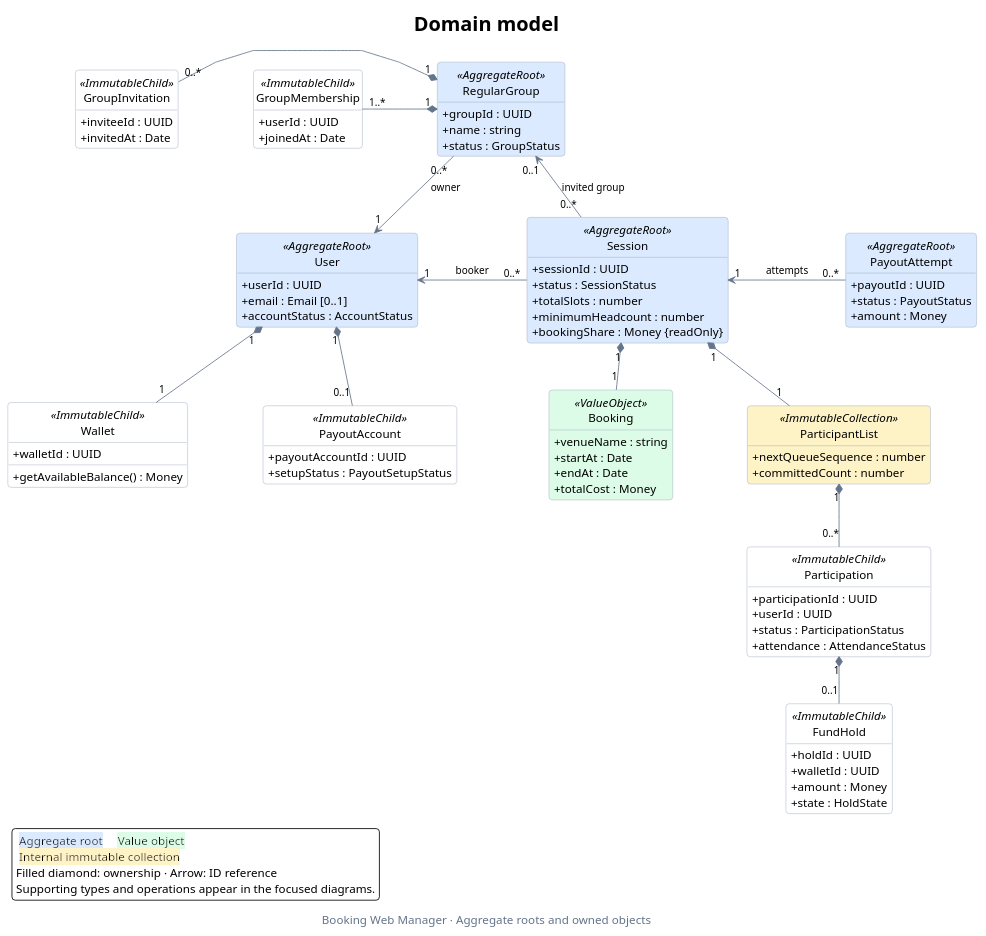
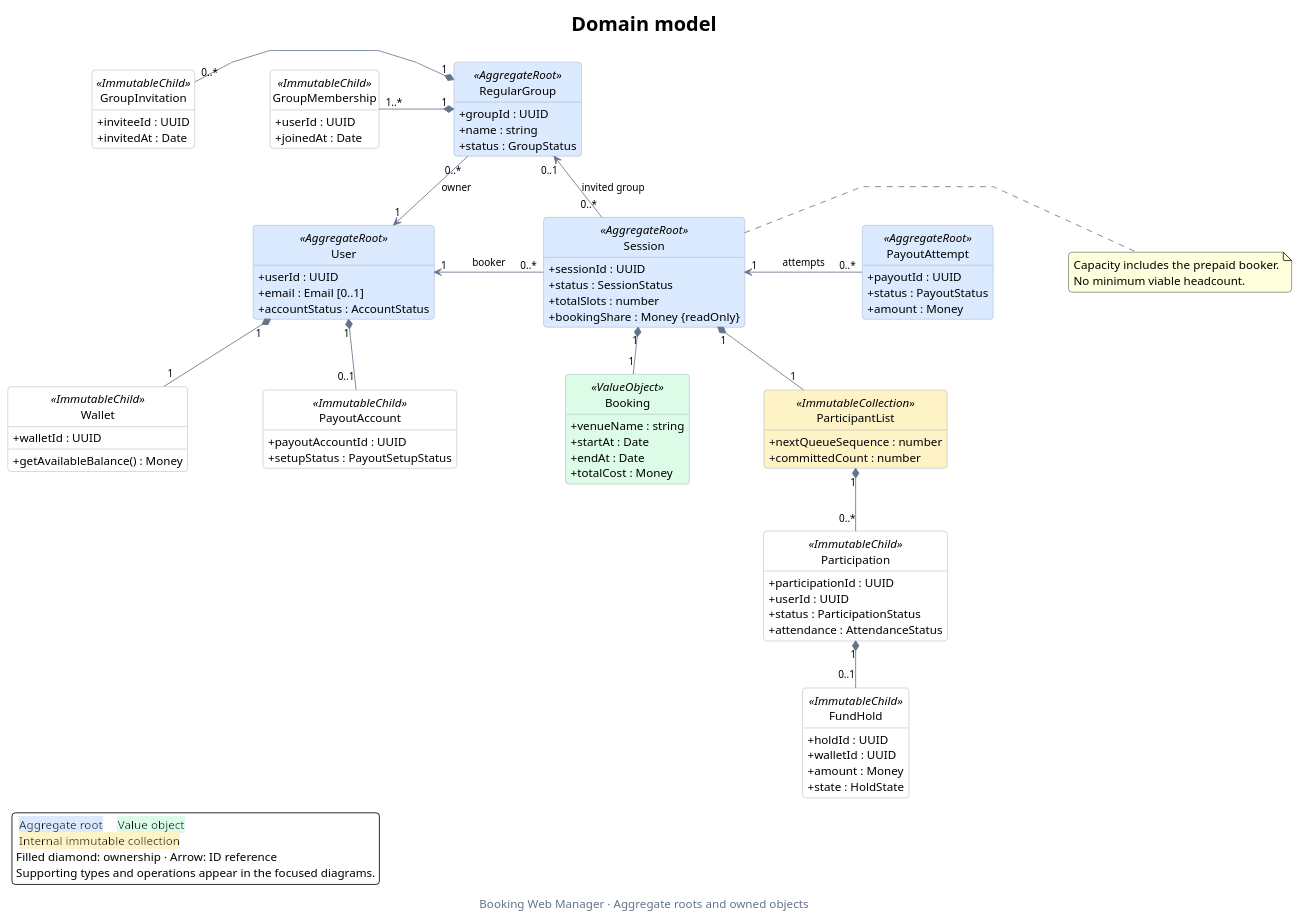
Before and after one commit to liang799/booking-web-manager: the diagram in docs/domain-class-diagram.puml, drawn with PlantUML. The commit also changed 101 other files, not shown here.

First line of the commit message:
feat(sessions)!: remove minimum headcount and count the booker (UC2-02)

```diff
--- a/docs/domain-class-diagram.puml
+++ b/docs/domain-class-diagram.puml
@@ -1,111 +1,115 @@
 @startuml domain-class-diagram
 ' Main view: aggregate ownership and the main cross-aggregate references.
 ' Supporting values, role views, ledger queries and operations are in diagrams/.
 title Domain model
 caption Booking Web Manager · Aggregate roots and owned objects
 
 top to bottom direction
 hide circle
 hide empty members
 skinparam backgroundColor #FFFFFF
 skinparam shadowing false
 skinparam roundcorner 8
 skinparam defaultFontName SansSerif
 skinparam defaultFontSize 14
 skinparam titleFontSize 24
 skinparam captionFontColor #64748B
 skinparam ArrowColor #64748B
 skinparam ArrowFontSize 12
 skinparam classBorderColor #94A3B8
 skinparam classBackgroundColor #FFFFFF
 skinparam classBackgroundColor<<AggregateRoot>> #DBEAFE
 skinparam classBackgroundColor<<ValueObject>> #DCFCE7
 skinparam classBackgroundColor<<ImmutableCollection>> #FEF3C7
 skinparam classAttributeIconSize 0
 skinparam linetype polyline
 skinparam nodesep 90
 skinparam ranksep 55
 
 class User <<AggregateRoot>> {
   +userId : UUID
   +email : Email [0..1]
   +accountStatus : AccountStatus
 }
 class RegularGroup <<AggregateRoot>> {
   +groupId : UUID
   +name : string
   +status : GroupStatus
 }
 class Session <<AggregateRoot>> {
   +sessionId : UUID
   +status : SessionStatus
   +totalSlots : number
-  +minimumHeadcount : number
   +bookingShare : Money {readOnly}
 }
+note right of Session
+  Capacity includes the prepaid booker.
+  No minimum viable headcount.
+end note
+
 class PayoutAttempt <<AggregateRoot>> {
   +payoutId : UUID
   +status : PayoutStatus
   +amount : Money
 }
 class Wallet <<ImmutableChild>> {
   +walletId : UUID
   +getAvailableBalance() : Money
 }
 class PayoutAccount <<ImmutableChild>> {
   +payoutAccountId : UUID
   +setupStatus : PayoutSetupStatus
 }
 class GroupMembership <<ImmutableChild>> {
   +userId : UUID
   +joinedAt : Date
 }
 class GroupInvitation <<ImmutableChild>> {
   +inviteeId : UUID
   +invitedAt : Date
 }
 class Booking <<ValueObject>> {
   +venueName : string
   +startAt : Date
   +endAt : Date
   +totalCost : Money
 }
 class Participation <<ImmutableChild>> {
   +participationId : UUID
   +userId : UUID
   +status : ParticipationStatus
   +attendance : AttendanceStatus
 }
 class ParticipantList <<ImmutableCollection>> {
   +nextQueueSequence : number
   +committedCount : number
 }
 class FundHold <<ImmutableChild>> {
   +holdId : UUID
   +walletId : UUID
   +amount : Money
   +state : HoldState
 }
 
 ' Keep the aggregate references together; owned children branch downward.
 User "1" <-right- "0..*" Session : booker
 Session "1" <-right- "0..*" PayoutAttempt : attempts
 RegularGroup "0..*" -down-> "1" User : owner
 Session "0..*" -up-> "0..1" RegularGroup : invited group
 
 User "1" *-down- "1" Wallet
 User "1" *-down- "0..1" PayoutAccount
 RegularGroup "1" *-left- "1..*" GroupMembership
 RegularGroup "1" *-left- "0..*" GroupInvitation
 Session "1" *-down- "1" Booking
 Session "1" *-down- "1" ParticipantList
 ParticipantList "1" *-down- "0..*" Participation
 Participation "1" *-down- "0..1" FundHold
 
 legend bottom left
   <back:#DBEAFE> Aggregate root </back>   <back:#DCFCE7> Value object </back>
   <back:#FEF3C7> Internal immutable collection </back>
   Filled diamond: ownership · Arrow: ID reference
   Supporting types and operations appear in the focused diagrams.
 endlegend
 @enduml
```
